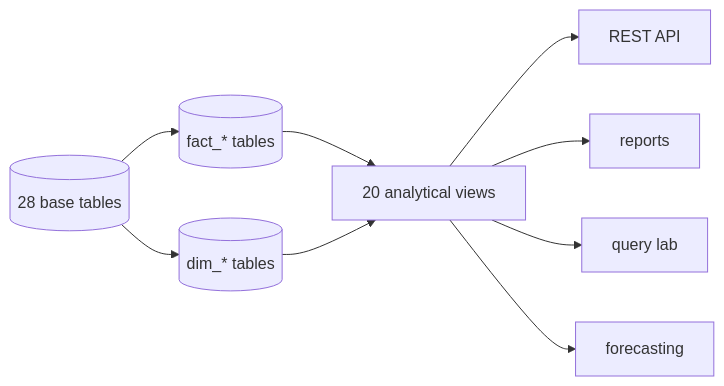
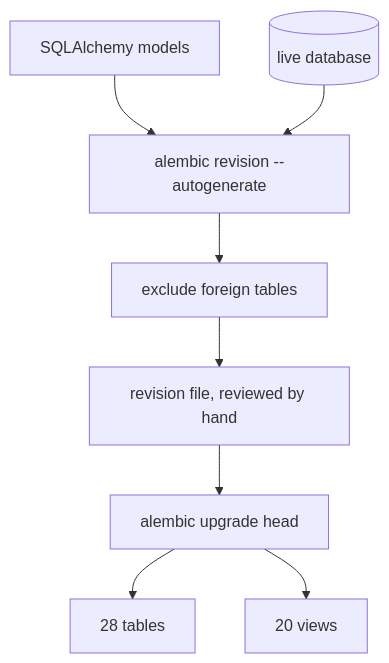
Before and after one commit to Ahmedbakr78/Web-to-Warehouse-Product-Intelligence-Pipeline: the diagram in docs/diagrams/out/docs-28_schema_and_migrations_77.mmd, drawn with Mermaid. The commit also changed 187 other files, not shown here.

```diff
--- a/docs/diagrams/out/docs-28_schema_and_migrations_77.mmd
+++ b/docs/diagrams/out/docs-28_schema_and_migrations_77.mmd
@@ -1,10 +1,9 @@
 
-flowchart LR
-  raw[(28 base tables)] --> facts[(fact_* tables)]
-  raw --> dims[(dim_* tables)]
-  facts --> views[20 analytical views]
-  dims --> views
-  views --> api[REST API]
-  views --> reports[reports]
-  views --> query[query lab]
-  views --> forecast[forecasting]
+flowchart TD
+  models[SQLAlchemy models] --> autogen[alembic revision --autogenerate]
+  live[(live database)] --> autogen
+  autogen --> exclude[exclude foreign tables]
+  exclude --> revision[revision file, reviewed by hand]
+  revision --> apply[alembic upgrade head]
+  apply --> tables[28 tables]
+  apply --> views[20 views]
```
